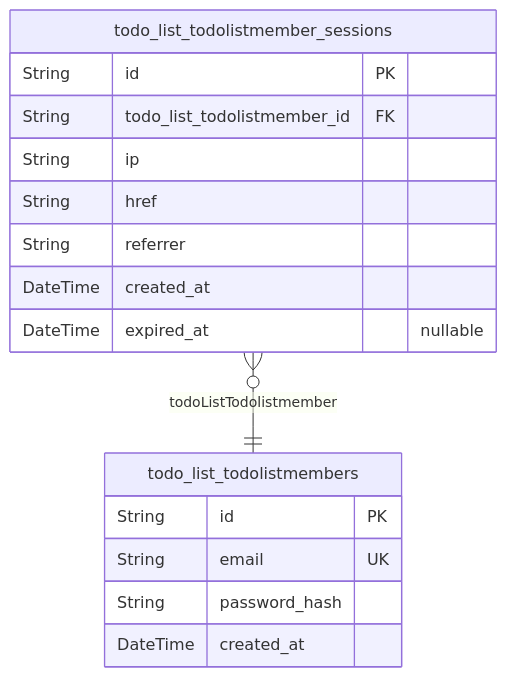
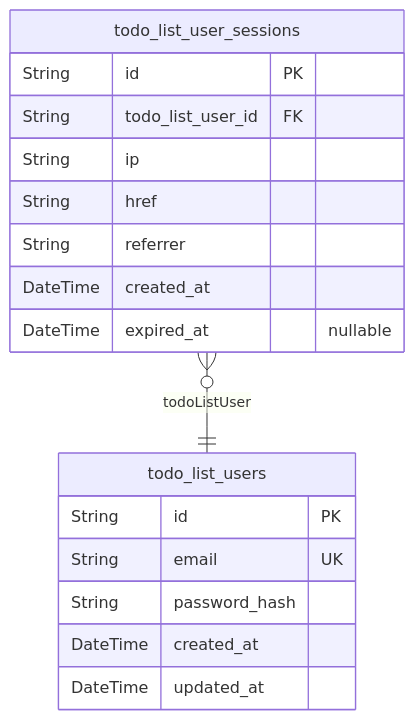
Before and after one commit to wrtnlabs/autobe-examples: the first of 2 diagrams in openai/gpt-4.1-mini/todo/docs/ERD.md, drawn with Mermaid. The commit also changed other lines of this file and 1725 other files, not shown here.

````diff
--- a/openai/gpt-4.1-mini/todo/docs/ERD.md
+++ b/openai/gpt-4.1-mini/todo/docs/ERD.md
@@ -10,19 +10,20 @@
 ```mermaid
 erDiagram
-"todo_list_todolistmembers" {
+"todo_list_users" {
   String id PK
   String email UK
   String password_hash
   DateTime created_at
+  DateTime updated_at
 }
-"todo_list_todolistmember_sessions" {
+"todo_list_user_sessions" {
   String id PK
-  String todo_list_todolistmember_id FK
+  String todo_list_user_id FK
   String ip
   String href
   String referrer
   DateTime created_at
   DateTime expired_at "nullable"
 }
-"todo_list_todolistmember_sessions" }o--|| "todo_list_todolistmembers" : todoListTodolistmember
+"todo_list_user_sessions" }o--|| "todo_list_users" : todoListUser
 ```
````
